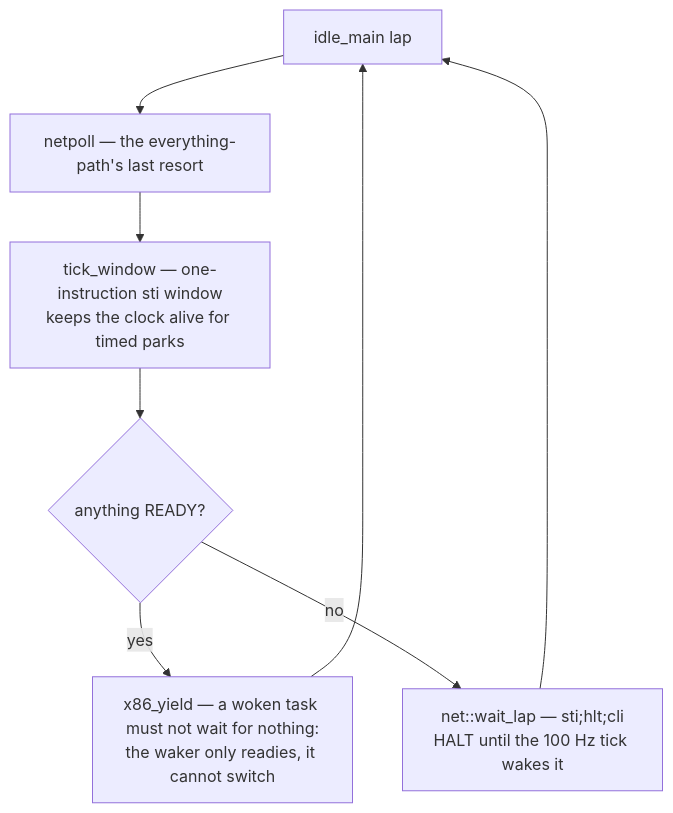
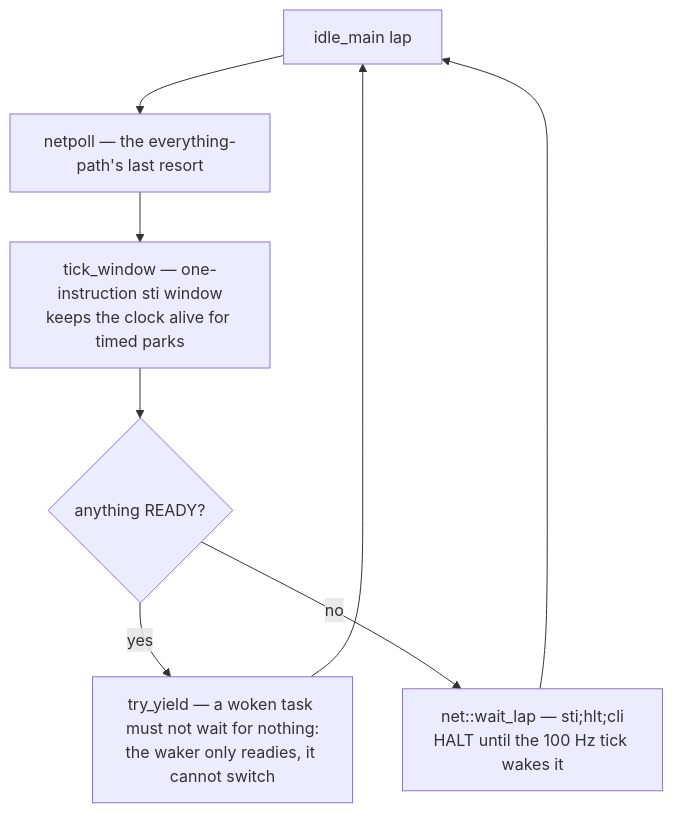
The second of 2 diagrams in taoxichuan/docs/reference/scheduling.md (netoneko/akuma), drawn with Mermaid before and after one commit. The commit also changed other lines of this file and 39 other files, not shown here.

````diff
--- a/taoxichuan/docs/reference/scheduling.md
+++ b/taoxichuan/docs/reference/scheduling.md
@@ -86,10 +86,10 @@
 ```mermaid
 flowchart TD
     A["idle_main lap"] --> B["netpoll — the everything-path's last resort"]
     B --> C["tick_window — one-instruction sti window<br/>keeps the clock alive for timed parks"]
     C --> D{"anything READY?"}
-    D -->|yes| E["x86_yield — a woken task must not wait for nothing:<br/>the waker only readies, it cannot switch"]
+    D -->|yes| E["try_yield — a woken task must not wait for nothing:<br/>the waker only readies, it cannot switch"]
     D -->|no| F["net::wait_lap — sti;hlt;cli<br/>HALT until the 100 Hz tick wakes it"]
     E --> A
     F --> A
 ```
````
